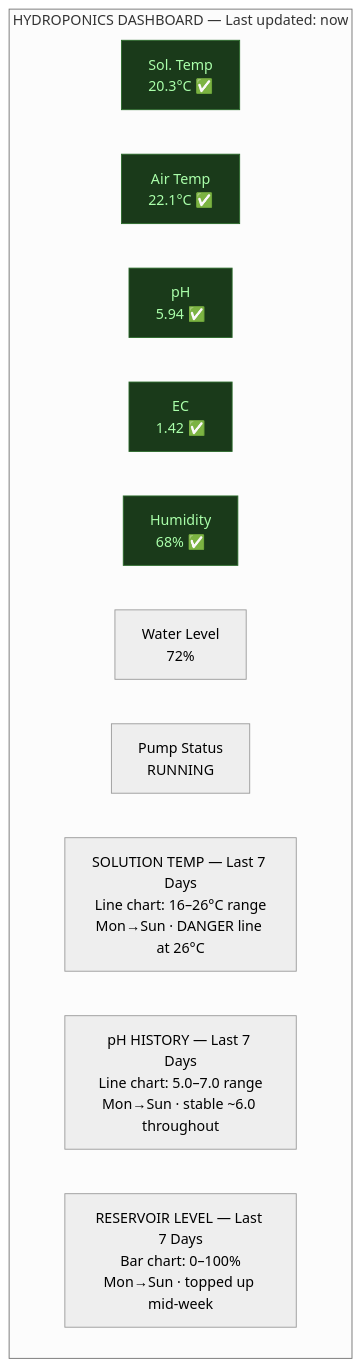
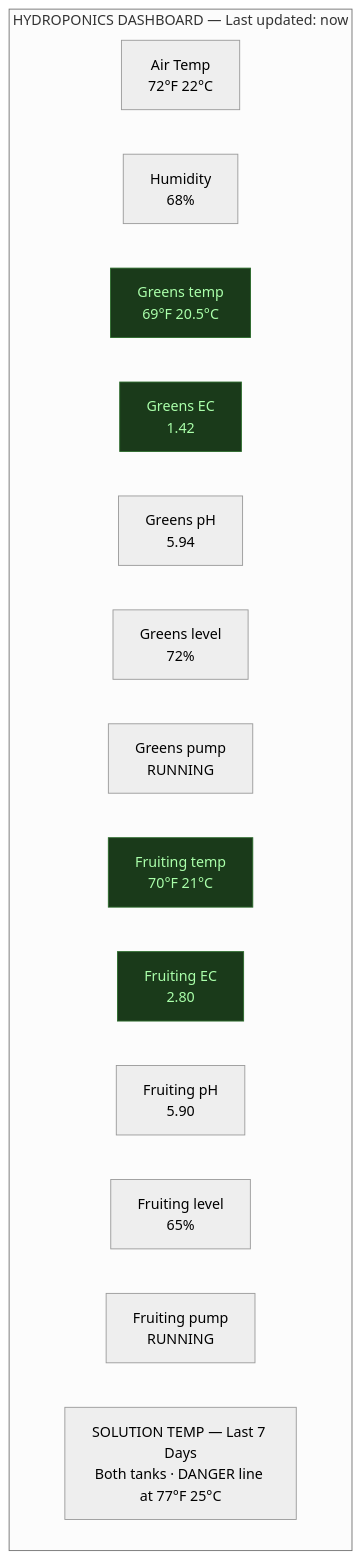
One commit to UncleJS/guide_hydroponics changed the sixth of 14 diagrams in guide/nft/13-automation.md. Above: the diagram before and after it, drawn with Mermaid (neutral theme). The commit also changed other lines of this file and 18 other files, not shown here.

````diff
--- a/guide/nft/13-automation.md
+++ b/guide/nft/13-automation.md
@@ -616,21 +616,23 @@
 ```mermaid
 flowchart TD
     subgraph dashboard["HYDROPONICS DASHBOARD — Last updated: now"]
-        ST["Sol. Temp<br/>20.3°C ✅"]
-        AT["Air Temp<br/>22.1°C ✅"]
-        PH["pH<br/>5.94 ✅"]
-        EC["EC<br/>1.42 ✅"]
-        HU["Humidity<br/>68% ✅"]
-        WL["Water Level<br/>72%"]
-        PS["Pump Status<br/>RUNNING"]
-        TC["SOLUTION TEMP — Last 7 Days<br/>Line chart: 16–26°C range<br/>Mon→Sun · DANGER line at 26°C"]
-        PC["pH HISTORY — Last 7 Days<br/>Line chart: 5.0–7.0 range<br/>Mon→Sun · stable ~6.0 throughout"]
-        LC["RESERVOIR LEVEL — Last 7 Days<br/>Bar chart: 0–100%<br/>Mon→Sun · topped up mid-week"]
+        AT["Air Temp<br/>72°F 22°C"]
+        HU["Humidity<br/>68%"]
+        GST["Greens temp<br/>69°F 20.5°C"]
+        GEC["Greens EC<br/>1.42"]
+        GPH["Greens pH<br/>5.94"]
+        GWL["Greens level<br/>72%"]
+        GPS["Greens pump<br/>RUNNING"]
+        FST["Fruiting temp<br/>70°F 21°C"]
+        FEC["Fruiting EC<br/>2.80"]
+        FPH["Fruiting pH<br/>5.90"]
+        FWL["Fruiting level<br/>65%"]
+        FPS["Fruiting pump<br/>RUNNING"]
+        TC["SOLUTION TEMP — Last 7 Days<br/>Both tanks · DANGER line at 77°F 25°C"]
     end
 
-    style ST fill:#1a3a1a,stroke:#2a6a2a,color:#aaffaa
-    style AT fill:#1a3a1a,stroke:#2a6a2a,color:#aaffaa
-    style PH fill:#1a3a1a,stroke:#2a6a2a,color:#aaffaa
-    style EC fill:#1a3a1a,stroke:#2a6a2a,color:#aaffaa
-    style HU fill:#1a3a1a,stroke:#2a6a2a,color:#aaffaa
+    style GST fill:#1a3a1a,stroke:#2a6a2a,color:#aaffaa
+    style GEC fill:#1a3a1a,stroke:#2a6a2a,color:#aaffaa
+    style FST fill:#1a3a1a,stroke:#2a6a2a,color:#aaffaa
+    style FEC fill:#1a3a1a,stroke:#2a6a2a,color:#aaffaa
 ```
````
